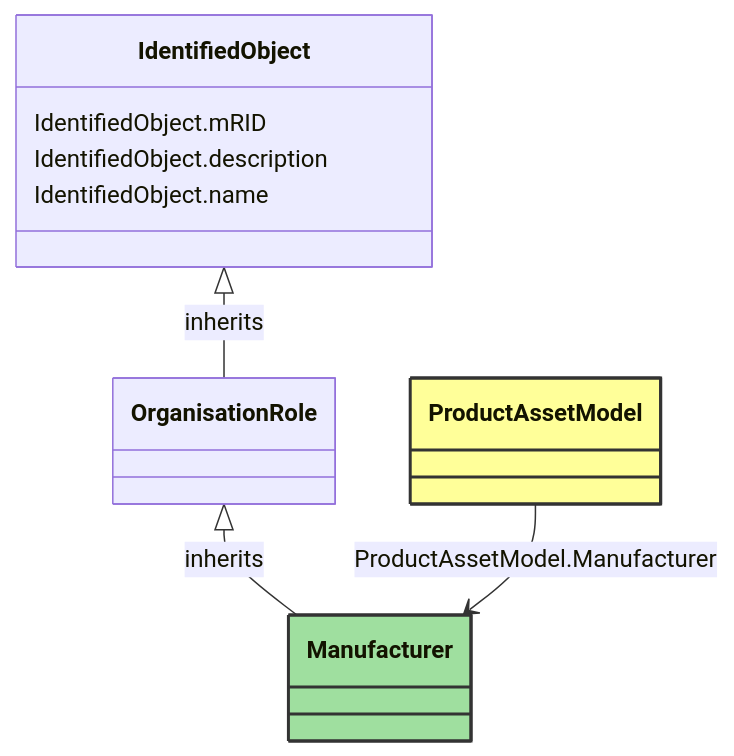
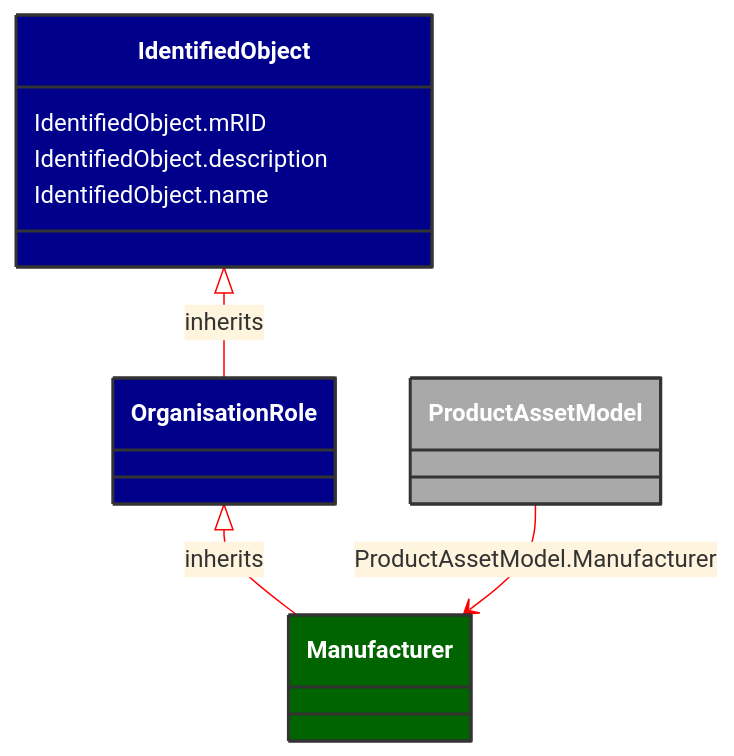
The diagram in docs/Models/Profiles/SubseaCableInfo/ConcreteClasses/Manufacturer.md (3lbits/NoCIMExtensions), drawn with Mermaid before and after one commit. The commit also changed 58 other files, not shown here.

````diff
--- a/docs/Models/Profiles/SubseaCableInfo/ConcreteClasses/Manufacturer.md
+++ b/docs/Models/Profiles/SubseaCableInfo/ConcreteClasses/Manufacturer.md
@@ -8,30 +8,31 @@
 ```mermaid
+%%{init: {'theme':'base','themeVariables': {'lineColor': '#FF0000'}}}%%
 classDiagram
     class Manufacturer
     click Manufacturer href "/Models/Profiles/SubseaCableInfo/ConcreteClasses/Manufacturer/"
-    style Manufacturer fill:#9fdf9f,stroke:#333,stroke-width:2px,rx:10,ry:10
+    style Manufacturer fill:#006400,stroke:#333,stroke-width:2px,rx:10,ry:10,color:white
 
         OrganisationRole <|-- Manufacturer : inherits
             click OrganisationRole href "/Models/Profiles/SubseaCableInfo/AbstractClasses/OrganisationRole/"
-            style OrganisationRole rx:10,ry:10
+            style OrganisationRole fill:#00008B,stroke:#333,stroke-width:2px,rx:10,ry:10,color:white
 
         Manufacturer
             click Manufacturer href "/Models/Profiles/SubseaCableInfo/ConcreteClasses/Manufacturer/"
-            style Manufacturer rx:10,ry:10
+            style OrganisationRole fill:#00008B,stroke:#333,stroke-width:2px,rx:10,ry:10,color:white
 
         IdentifiedObject <|-- OrganisationRole : inherits
             click IdentifiedObject href "/Models/Profiles/SubseaCableInfo/AbstractClasses/IdentifiedObject/"
-            style IdentifiedObject rx:10,ry:10
+            style IdentifiedObject fill:#00008B,stroke:#333,stroke-width:2px,rx:10,ry:10,color:white
 
 
         ProductAssetModel --> Manufacturer : ProductAssetModel.Manufacturer
 
         ProductAssetModel
             click ProductAssetModel href "/Models/Profiles/SubseaCableInfo/ConcreteClasses/ProductAssetModel/"
-            style ProductAssetModel fill:#ffff99,stroke:#333,stroke-width:2px,rx:10,ry:10
+            style ProductAssetModel fill:#A9A9A9,stroke:#333,stroke-width:2px,rx:10,ry:10,color:white
 
 
         IdentifiedObject : IdentifiedObject.mRID
         IdentifiedObject : IdentifiedObject.description
         IdentifiedObject : IdentifiedObject.name
 ```
````
